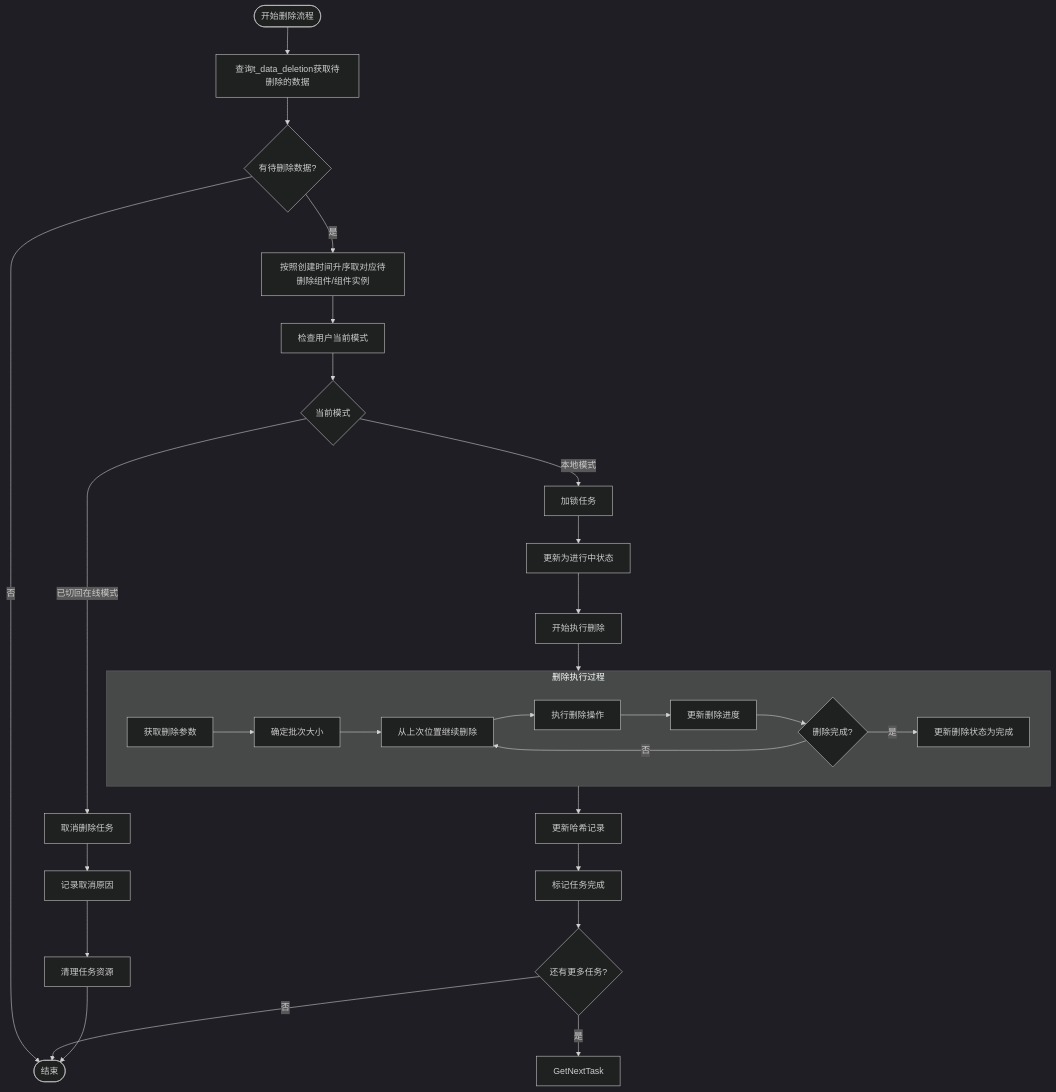
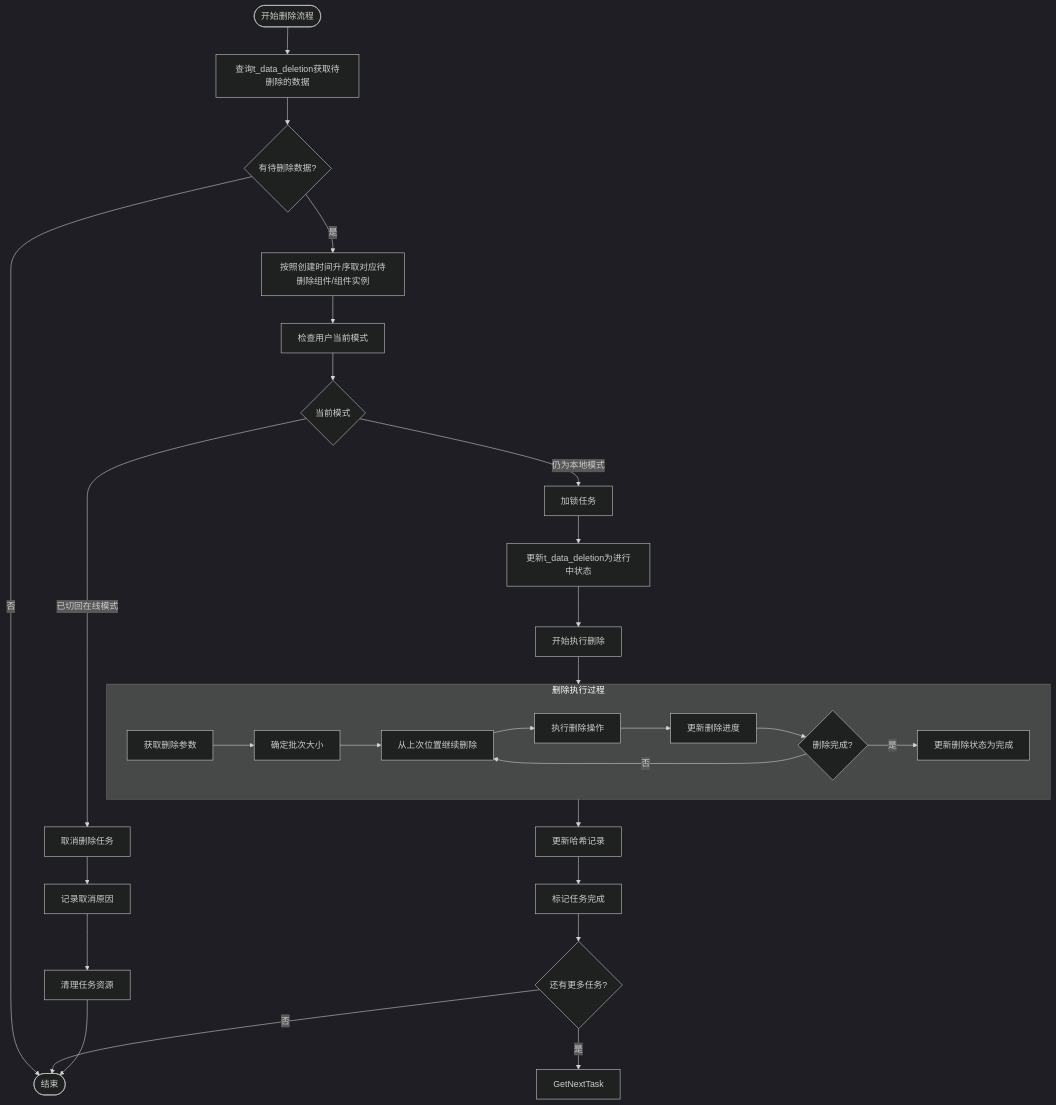
The diagram in all/未命名-51.md (yingjianzh/iodraw-files), drawn with Mermaid (dark theme) before and after one commit.

Commit message:
2025-05-08 15:26:59 update

````diff
--- a/all/未命名-51.md
+++ b/all/未命名-51.md
@@ -1,41 +1,41 @@
 ```mermaid
 flowchart TD
     Start([开始删除流程]) --> FetchTasks[查询t_data_deletion获取待删除的数据]
     FetchTasks --> HasTasks{有待删除数据?}
     
     HasTasks -->|否| End([结束])
     HasTasks -->|是| PrioritizeTasks[按照创建时间升序取对应待删除组件/组件实例]
     
     PrioritizeTasks --> CheckUserMode[检查用户当前模式]
     
     CheckUserMode --> CurrentMode{当前模式}
     CurrentMode -->|已切回在线模式| TaskCancel[取消删除任务]
-    CurrentMode -->|本地模式| LockTask[加锁任务]
+    CurrentMode -->|仍为本地模式| LockTask[加锁任务]
     
-    LockTask --> UpdateStatus[更新为进行中状态]
+    LockTask --> UpdateStatus[更新t_data_deletion为进行中状态]
     UpdateStatus --> BeginDeletion[开始执行删除]
     
     subgraph DeletionProcess [删除执行过程]
         A[获取删除参数] --> B[确定批次大小]
         B --> C[从上次位置继续删除]
         C --> D[执行删除操作]
         D --> E[更新删除进度]
         E --> F{删除完成?}
         F -->|否| C
         F -->|是| G[更新删除状态为完成]
     end
     
     BeginDeletion --> DeletionProcess
     
     DeletionProcess --> UpdateHashRecord[更新哈希记录]
     UpdateHashRecord --> MarkCompleted[标记任务完成]
     
     TaskCancel --> LogCancellation[记录取消原因]
     LogCancellation --> CleanupTask[清理任务资源]
     
     MarkCompleted --> CheckMoreTasks{还有更多任务?}
     CheckMoreTasks -->|是| GetNextTask
     CheckMoreTasks -->|否| End
     
     CleanupTask --> End
 ```
````
